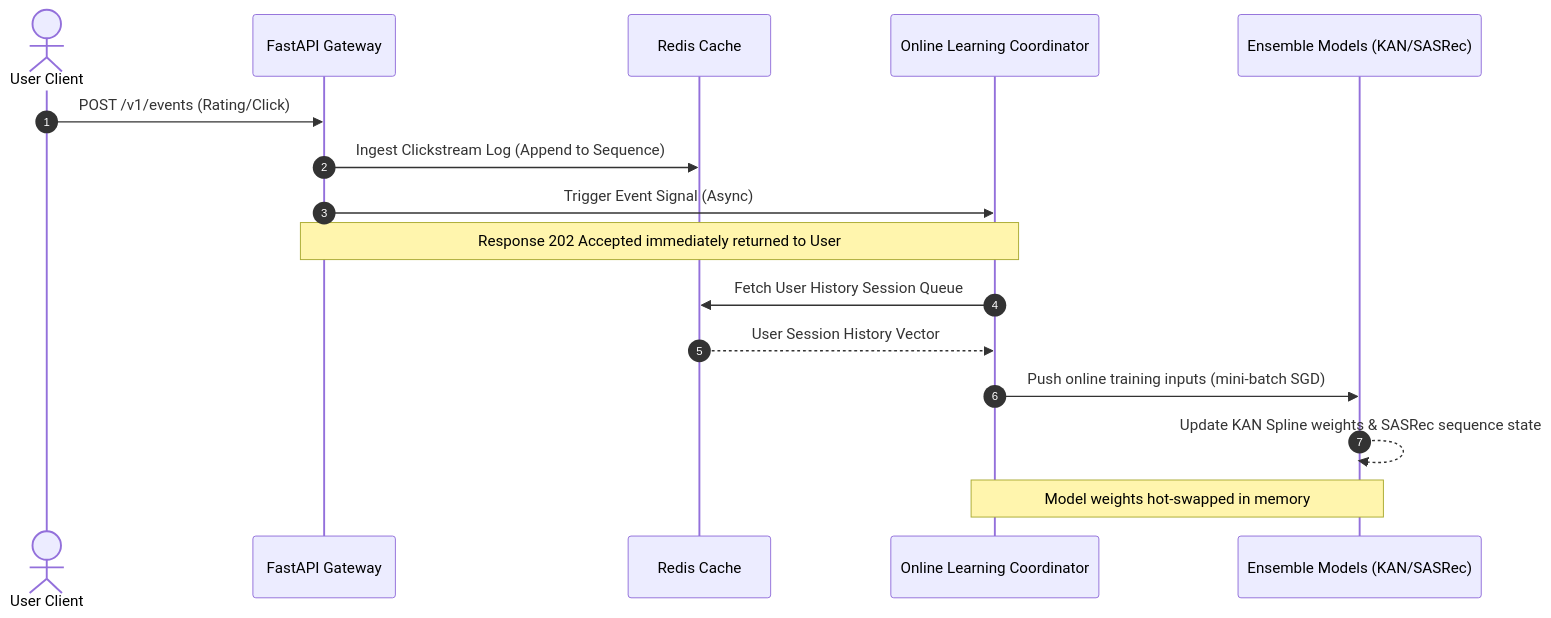
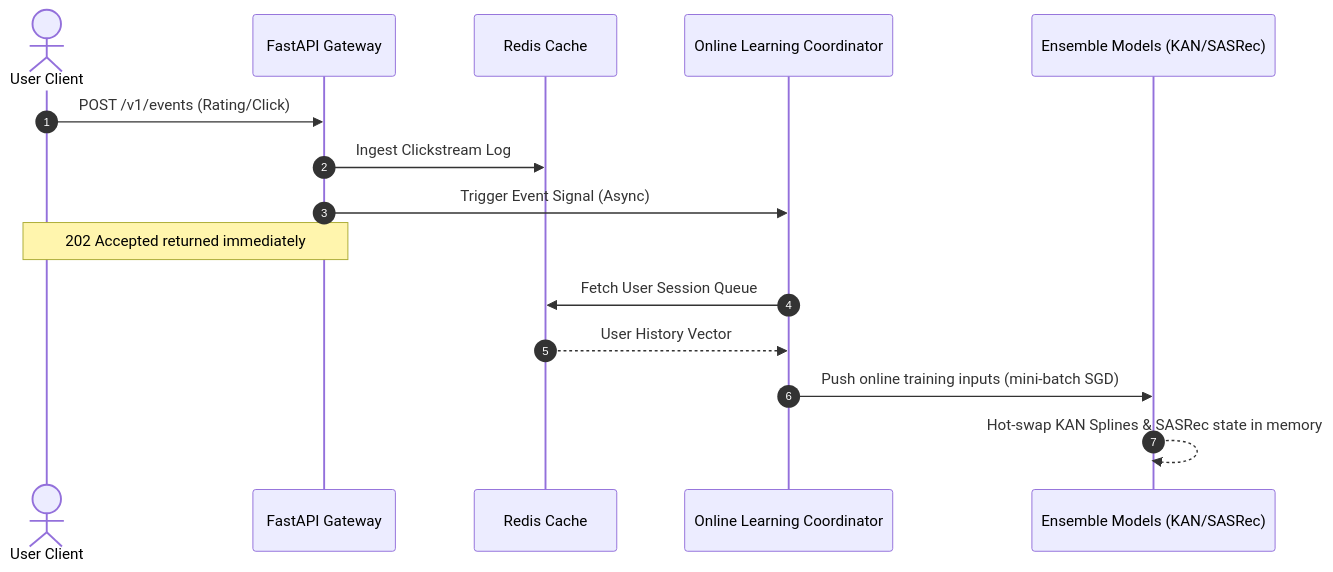
The first of 2 diagrams in README.md (pavan-badempet/Movie-Recommendation-System), drawn with Mermaid before and after one commit. The commit also changed other lines of this file, not shown here.

````diff
--- a/README.md
+++ b/README.md
@@ -164,19 +139,18 @@
 ```mermaid
 sequenceDiagram
     autonumber
     actor User as User Client
     participant API as FastAPI Gateway
     participant Redis as Redis Cache
     participant Coordinator as Online Learning Coordinator
     participant Models as Ensemble Models (KAN/SASRec)
 
     User->>API: POST /v1/events (Rating/Click)
-    API->>Redis: Ingest Clickstream Log (Append to Sequence)
+    API->>Redis: Ingest Clickstream Log
     API->>Coordinator: Trigger Event Signal (Async)
-    Note over API,Coordinator: Response 202 Accepted immediately returned to User
-    Coordinator->>Redis: Fetch User History Session Queue
-    Redis-->>Coordinator: User Session History Vector
+    Note over API,User: 202 Accepted returned immediately
+    Coordinator->>Redis: Fetch User Session Queue
+    Redis-->>Coordinator: User History Vector
     Coordinator->>Models: Push online training inputs (mini-batch SGD)
-    Models-->>Models: Update KAN Spline weights & SASRec sequence state
-    Note over Coordinator,Models: Model weights hot-swapped in memory
+    Models-->>Models: Hot-swap KAN Splines & SASRec state in memory
 ```
````
